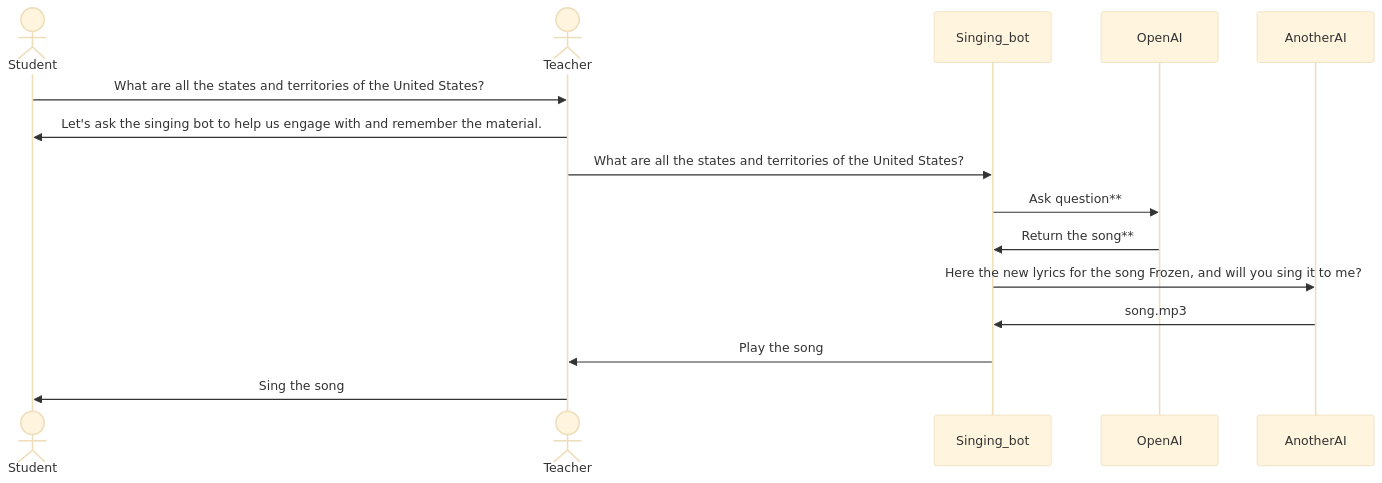
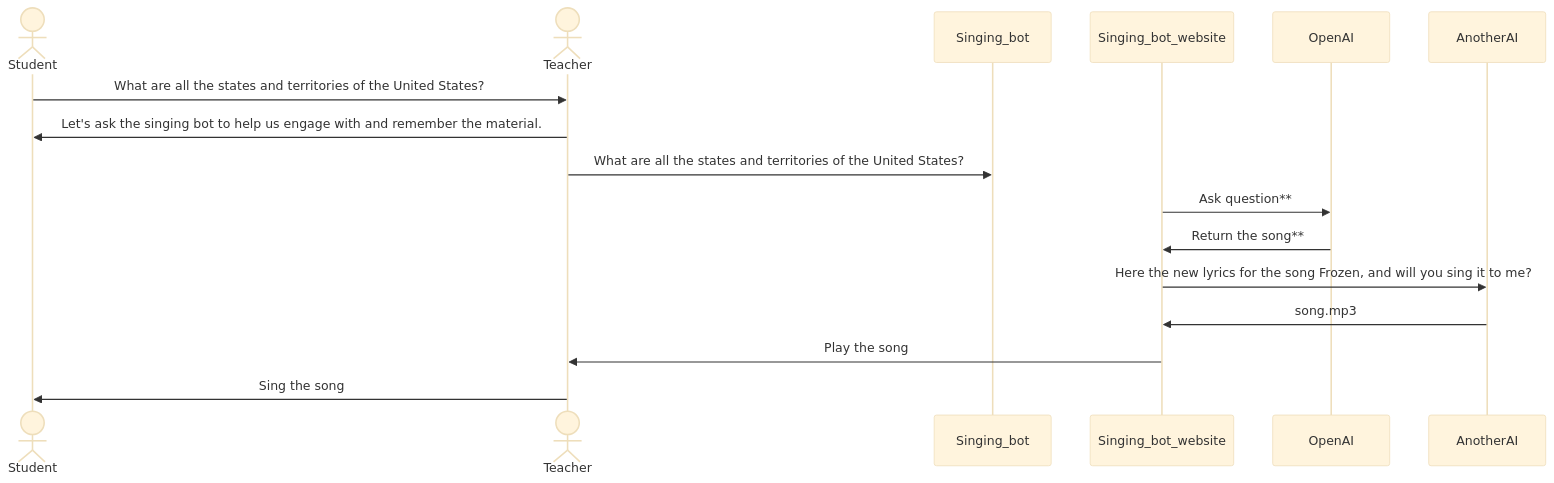
One commit to Robotics2024/singing-bot changed the diagram in README.md. Above: the diagram before and after it, drawn with Mermaid (base theme).

Commit message:
Update SingingBot to SingingBot website

````diff
--- a/README.md
+++ b/README.md
@@ -23,15 +23,15 @@
 ```mermaid
 
 sequenceDiagram
     actor Student
     actor Teacher
     Student->>Teacher: What are all the states and territories of the United States?
     Teacher->>Student: Let's ask the singing bot to help us engage with and remember the material.
     Teacher->>Singing_bot: What are all the states and territories of the United States?
-    Singing_bot->>OpenAI: Ask question**
-    OpenAI ->> Singing_bot: Return the song**
-    Singing_bot ->> AnotherAI: Here the new lyrics for the song Frozen, and will you sing it to me?
-    AnotherAI ->> Singing_bot: song.mp3
-    Singing_bot ->> Teacher: Play the song
+    Singing_bot_website->>OpenAI: Ask question**
+    OpenAI ->> Singing_bot_website: Return the song**
+    Singing_bot_website ->> AnotherAI: Here the new lyrics for the song Frozen, and will you sing it to me?
+    AnotherAI ->> Singing_bot_website: song.mp3
+    Singing_bot_website ->> Teacher: Play the song
     Teacher ->> Student: Sing the song
 ```
````
